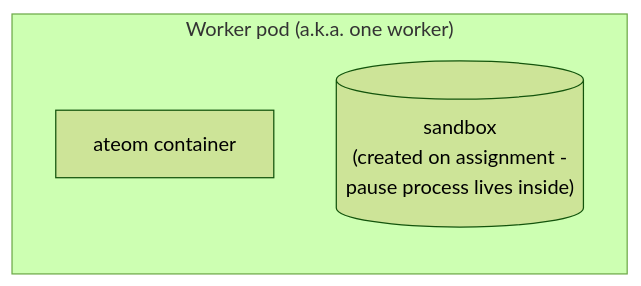
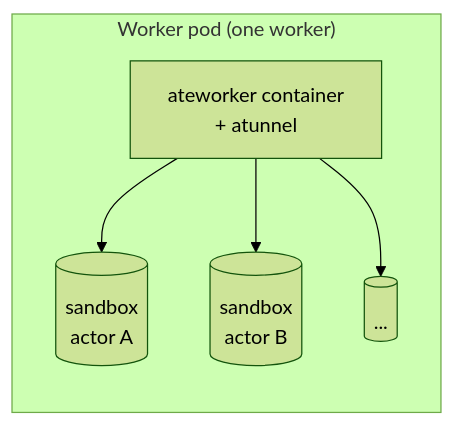
One commit to christian-posta/substrate changed the diagram in atlas/src/content/docs/concepts/worker.mdx. Above: the diagram before and after it, drawn with Mermaid (forest theme). The commit also changed other lines of this file and 34 other files, not shown here.

````diff
--- a/atlas/src/content/docs/concepts/worker.mdx
+++ b/atlas/src/content/docs/concepts/worker.mdx
@@ -13,8 +13,13 @@
 ```mermaid
 flowchart LR
-  subgraph POD["Worker pod (a.k.a. one worker)"]
+  subgraph POD["Worker pod (one worker)"]
     direction TB
-    OM[ateom container]
-    SANDBOX[("sandbox<br/>(created on assignment -<br/>pause process lives inside)")]
+    OM["ateworker container<br/>+ atunnel"]
+    S1[("sandbox<br/>actor A")]
+    S2[("sandbox<br/>actor B")]
+    S3[("...")]
+    OM --> S1
+    OM --> S2
+    OM --> S3
   end
 ```
````
